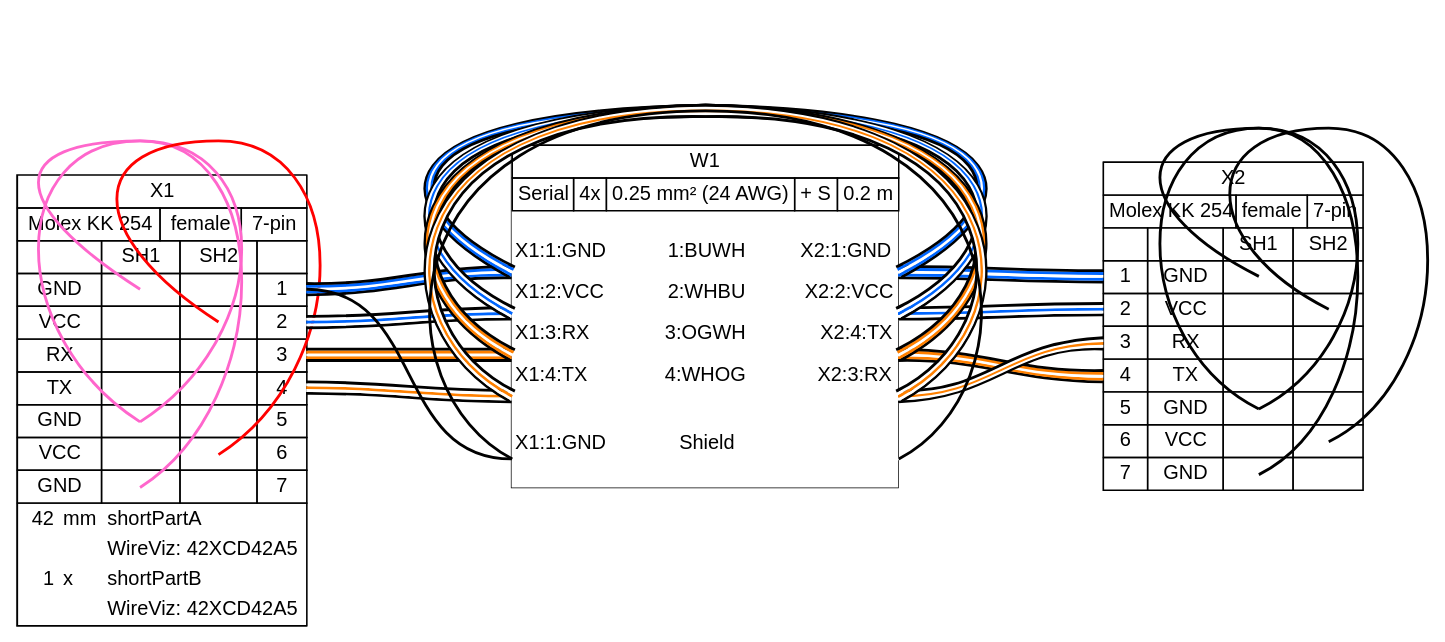
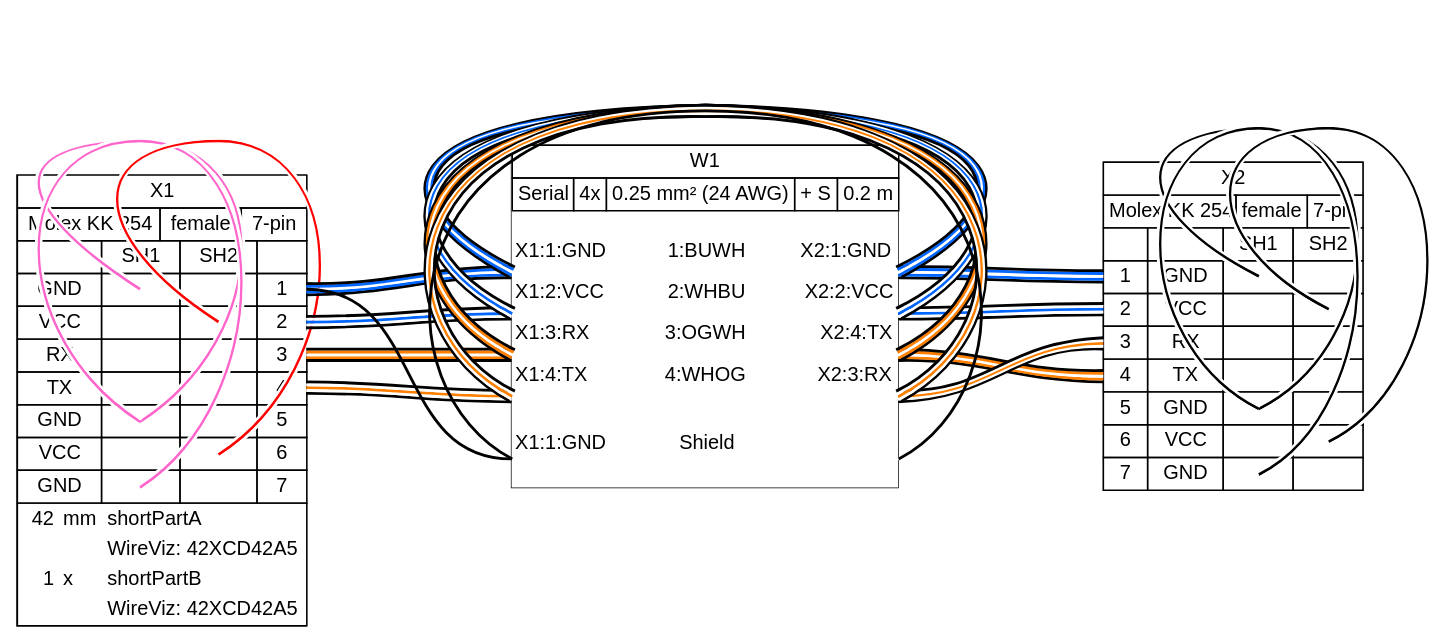
Before and after one commit to wireviz/WireViz: the diagram in examples/ex15.gv, drawn with Graphviz. The commit also changed 7 other files, not shown here.

```diff
--- a/examples/ex15.gv
+++ b/examples/ex15.gv
@@ -106,9 +106,9 @@
 </table>
 > shape=box style=filled]
 	edge [color="#000000"]
-	X1:p1j:c -- X1:p5j:c [addPTS=.18 color="#FF66CC" colorPTS="#FF66CC" headclip=false straight=straight tailclip=false]
-	X1:p5j:c -- X1:p7j:c [addPTS=.18 color="#FF66CC" colorPTS="#FF66CC" headclip=false straight=straight tailclip=false]
-	X1:p2j:c -- X1:p6j:c [addPTS=.18 color="#FF0000" colorPTS="#FF0000" headclip=false straight=straight tailclip=false]
+	X1:p1j:c -- X1:p5j:c [addPTS=.18 color="#FFFFFF:#FF66CC:#FFFFFF" colorPTS="#FF66CC:#FFFFFF" headclip=false straight=straight tailclip=false]
+	X1:p5j:c -- X1:p7j:c [addPTS=.18 color="#FFFFFF:#FF66CC:#FFFFFF" colorPTS="#FF66CC:#FFFFFF" headclip=false straight=straight tailclip=false]
+	X1:p2j:c -- X1:p6j:c [addPTS=.18 color="#FFFFFF:#FF0000:#FFFFFF" colorPTS="#FF0000:#FFFFFF" headclip=false straight=straight tailclip=false]
 	X2 [label=<
 <table border="0" cellspacing="0" cellpadding="0" bgcolor="#FFFFFF">
  <tr>
@@ -181,9 +181,9 @@
 </table>
 > shape=box style=filled]
 	edge [color="#000000"]
-	X2:p1j:c -- X2:p5j:c [addPTS=.18 color="#000000" colorPTS="#000000" headclip=false straight=straight tailclip=false]
-	X2:p5j:c -- X2:p7j:c [addPTS=.18 color="#000000" colorPTS="#000000" headclip=false straight=straight tailclip=false]
-	X2:p2j:c -- X2:p6j:c [addPTS=.18 color="#000000" colorPTS="#000000" headclip=false straight=straight tailclip=false]
+	X2:p1j:c -- X2:p5j:c [addPTS=.18 color="#FFFFFF:#000000:#FFFFFF" colorPTS="#000000:#FFFFFF" headclip=false straight=straight tailclip=false]
+	X2:p5j:c -- X2:p7j:c [addPTS=.18 color="#FFFFFF:#000000:#FFFFFF" colorPTS="#000000:#FFFFFF" headclip=false straight=straight tailclip=false]
+	X2:p2j:c -- X2:p6j:c [addPTS=.18 color="#FFFFFF:#000000:#FFFFFF" colorPTS="#000000:#FFFFFF" headclip=false straight=straight tailclip=false]
 	W1 [label=<
 <table border="0" cellspacing="0" cellpadding="0" bgcolor="#FFFFFF">
  <tr>
```
